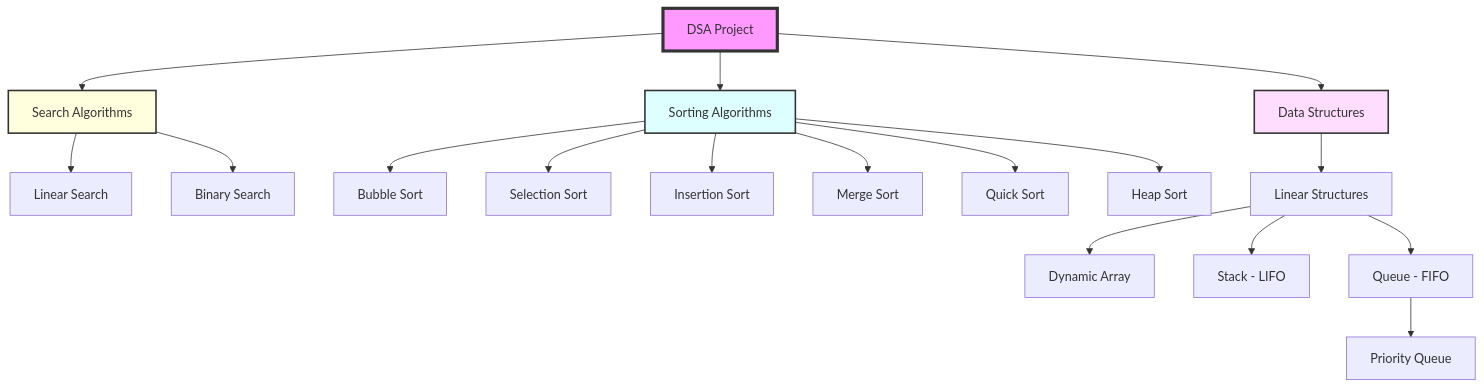
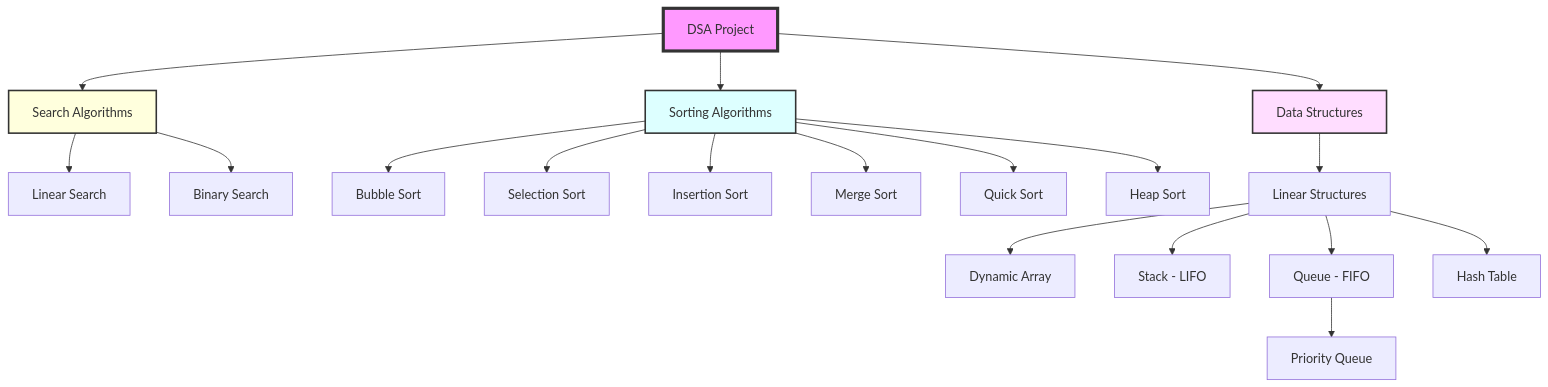
The diagram in README.md (ahmedGHtarek0/Data-Structure), drawn with Mermaid before and after one commit. The commit also changed other lines of this file and 2 other files, not shown here.

````diff
--- a/README.md
+++ b/README.md
@@ -8,27 +8,28 @@
 ```mermaid
 graph TD
     DSA[DSA Project] --> Search[Search Algorithms]
     DSA --> Sort[Sorting Algorithms]
     DSA --> DS[Data Structures]
     
     Search --> LS[Linear Search]
     Search --> BS[Binary Search]
     
     Sort --> BSort[Bubble Sort]
     Sort --> SSort[Selection Sort]
     Sort --> ISort[Insertion Sort]
     Sort --> MSort[Merge Sort]
     Sort --> QSort[Quick Sort]
     Sort --> HSort[Heap Sort]
     
     DS --> Linear[Linear Structures]
     Linear --> DA[Dynamic Array]
     Linear --> S[Stack - LIFO]
     Linear --> Q[Queue - FIFO]
+    Linear --> HT[Hash Table]
     Q --> PQ[Priority Queue]
     
     style DSA fill:#f9f,stroke:#333,stroke-width:4px
     style Search fill:#ffd,stroke:#333,stroke-width:2px
     style Sort fill:#dff,stroke:#333,stroke-width:2px
     style DS fill:#fdf,stroke:#333,stroke-width:2px
 ```
````
